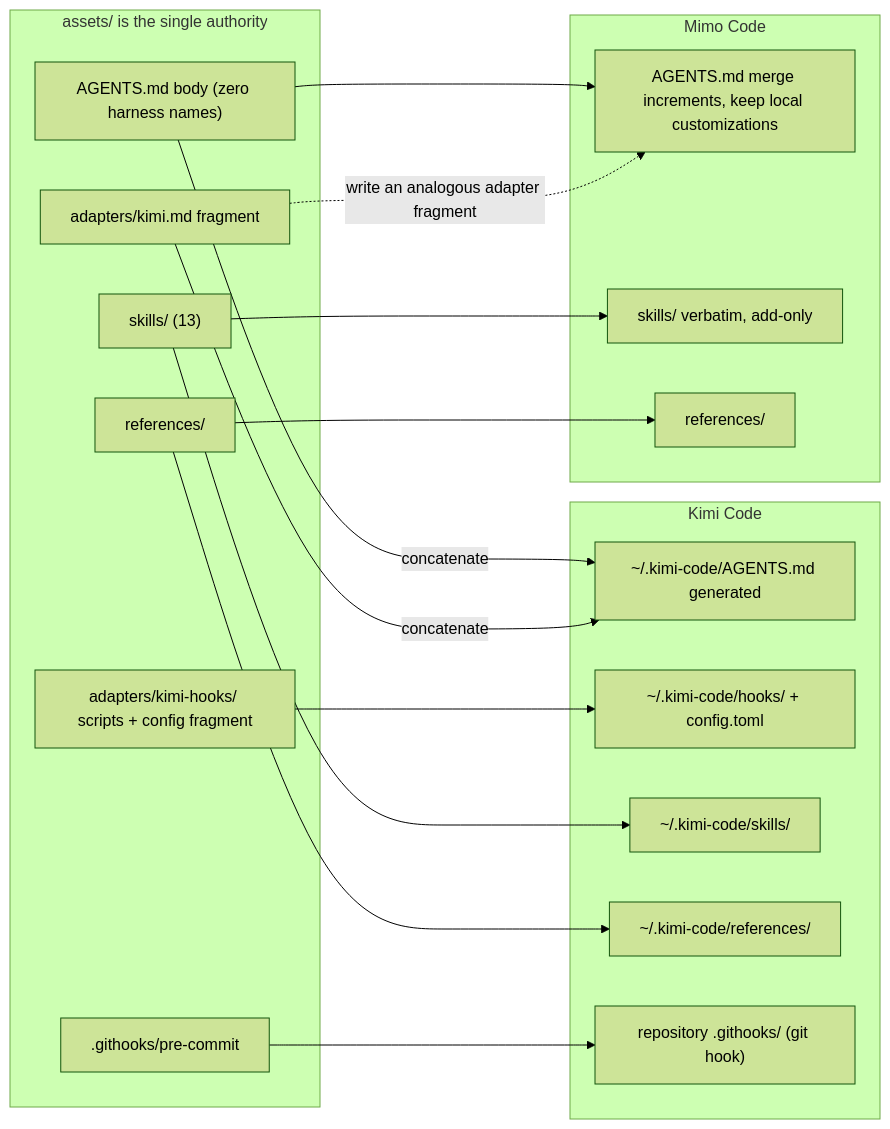
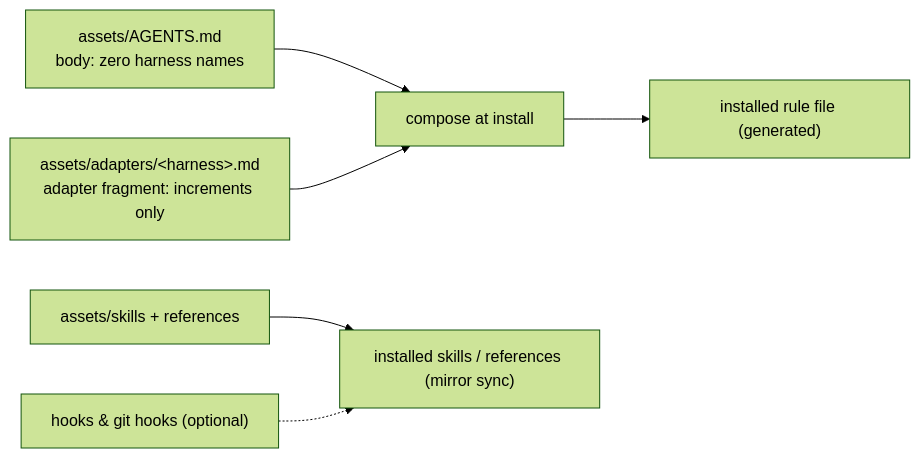
The eighth of 8 diagrams in README.en.md (nightBrise/sci-spec-loop-skill), drawn with Mermaid (forest theme) before and after one commit. The commit also changed other lines of this file and 8 other files, not shown here.

````diff
--- a/README.en.md
+++ b/README.en.md
@@ -272,36 +172,8 @@
 ```mermaid
 flowchart LR
-    subgraph SRC["assets/ is the single authority"]
-        A1["AGENTS.md body (zero harness names)"]
-        A2["adapters/kimi.md fragment"]
-        A3["adapters/kimi-hooks/ scripts + config fragment"]
-        A4["skills/ (13)"]
-        A5["references/"]
-        A6[".githooks/pre-commit"]
-    end
-
-    subgraph KC["Kimi Code"]
-        K1["~/.kimi-code/AGENTS.md generated"]
-        K2["~/.kimi-code/hooks/ + config.toml"]
-        K3["~/.kimi-code/skills/"]
-        K4["~/.kimi-code/references/"]
-        K5["repository .githooks/ (git hook)"]
-    end
-
-    subgraph MC["Mimo Code"]
-        M1["AGENTS.md merge increments, keep local customizations"]
-        M2["skills/ verbatim, add-only"]
-        M3["references/"]
-    end
-
-    A1 -->|"concatenate"| K1
-    A2 -->|"concatenate"| K1
-    A3 --> K2
-    A4 --> K3
-    A5 --> K4
-    A6 --> K5
-    A1 --> M1
-    A2 -.->|"write an analogous adapter fragment"| M1
-    A4 --> M2
-    A5 --> M3
+    A["assets/AGENTS.md<br/>body: zero harness names"] --> P["compose at install"]
+    B["assets/adapters/&lt;harness&gt;.md<br/>adapter fragment: increments only"] --> P
+    P --> I["installed rule file (generated)"]
+    C["assets/skills + references"] --> J["installed skills / references (mirror sync)"]
+    H["hooks & git hooks (optional)"] -.-> J
 ```
````
